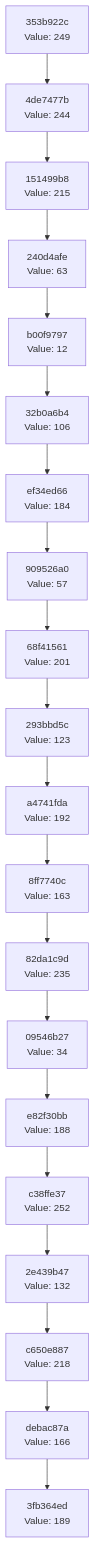
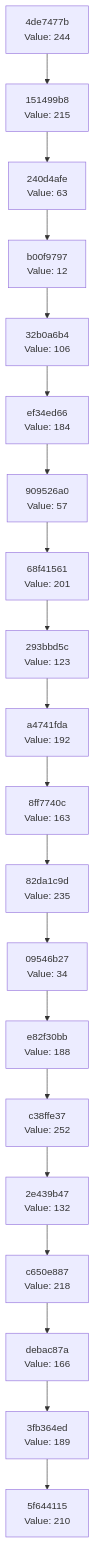
One commit to Abhisheksinha1506/hash-chain-evolver changed the diagram in docs/CHAIN_VISUALIZATION.md. Above: the diagram before and after it, drawn with Mermaid. The commit also changed 3 other files, not shown here.

````diff
--- a/docs/CHAIN_VISUALIZATION.md
+++ b/docs/CHAIN_VISUALIZATION.md
@@ -3,42 +3,42 @@
 ```mermaid
 graph TD
-    C0["3fb364ed<br/>Value: 189"]
-    C1["debac87a<br/>Value: 166"]
+    C0["5f644115<br/>Value: 210"]
+    C1["3fb364ed<br/>Value: 189"]
     C1 --> C0
-    C2["c650e887<br/>Value: 218"]
+    C2["debac87a<br/>Value: 166"]
     C2 --> C1
-    C3["2e439b47<br/>Value: 132"]
+    C3["c650e887<br/>Value: 218"]
     C3 --> C2
-    C4["c38ffe37<br/>Value: 252"]
+    C4["2e439b47<br/>Value: 132"]
     C4 --> C3
-    C5["e82f30bb<br/>Value: 188"]
+    C5["c38ffe37<br/>Value: 252"]
     C5 --> C4
-    C6["09546b27<br/>Value: 34"]
+    C6["e82f30bb<br/>Value: 188"]
     C6 --> C5
-    C7["82da1c9d<br/>Value: 235"]
+    C7["09546b27<br/>Value: 34"]
     C7 --> C6
-    C8["8ff7740c<br/>Value: 163"]
+    C8["82da1c9d<br/>Value: 235"]
     C8 --> C7
-    C9["a4741fda<br/>Value: 192"]
+    C9["8ff7740c<br/>Value: 163"]
     C9 --> C8
-    C10["293bbd5c<br/>Value: 123"]
+    C10["a4741fda<br/>Value: 192"]
     C10 --> C9
-    C11["68f41561<br/>Value: 201"]
+    C11["293bbd5c<br/>Value: 123"]
     C11 --> C10
-    C12["909526a0<br/>Value: 57"]
+    C12["68f41561<br/>Value: 201"]
     C12 --> C11
-    C13["ef34ed66<br/>Value: 184"]
+    C13["909526a0<br/>Value: 57"]
     C13 --> C12
-    C14["32b0a6b4<br/>Value: 106"]
+    C14["ef34ed66<br/>Value: 184"]
     C14 --> C13
-    C15["b00f9797<br/>Value: 12"]
+    C15["32b0a6b4<br/>Value: 106"]
     C15 --> C14
-    C16["240d4afe<br/>Value: 63"]
+    C16["b00f9797<br/>Value: 12"]
     C16 --> C15
-    C17["151499b8<br/>Value: 215"]
+    C17["240d4afe<br/>Value: 63"]
     C17 --> C16
-    C18["4de7477b<br/>Value: 244"]
+    C18["151499b8<br/>Value: 215"]
     C18 --> C17
-    C19["353b922c<br/>Value: 249"]
+    C19["4de7477b<br/>Value: 244"]
     C19 --> C18
 ```
````
